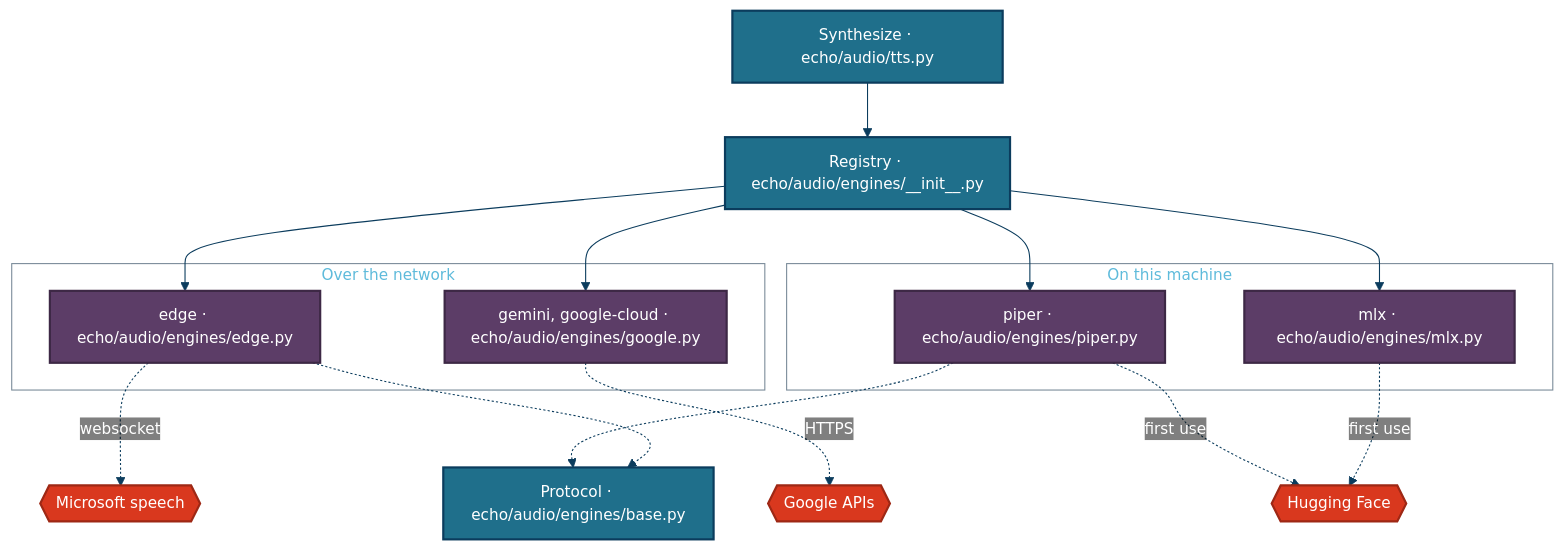
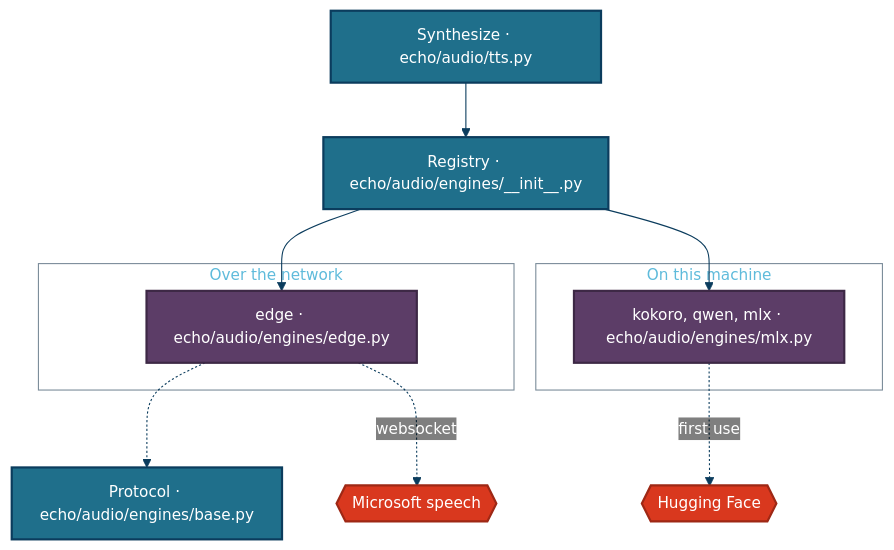
One commit to Tshort76/echo changed the first of 3 diagrams in docs/architecture.md. Above: the diagram before and after it, drawn with Mermaid. The commit also changed other lines of this file and 24 other files, not shown here.

````diff
--- a/docs/architecture.md
+++ b/docs/architecture.md
@@ -7,37 +7,29 @@
 ```mermaid
 %%{init: {"theme": "base", "themeVariables": {"fontSize": "14px", "lineColor": "#0B3C5D", "primaryColor": "#1F6F8B", "primaryTextColor": "#FFFFFF", "primaryBorderColor": "#0B3C5D", "clusterBkg": "transparent", "clusterBorder": "#7A8B99", "edgeLabelBackground": "transparent", "actorBkg": "#E06D14", "actorTextColor": "#1A1A1A", "actorBorder": "#A64F0E", "signalColor": "#0B3C5D", "signalTextColor": "#0B3C5D", "labelBoxBkgColor": "#1F6F8B", "labelTextColor": "#FFFFFF"}, "flowchart": {"curve": "basis", "padding": 12}} }%%
 flowchart TB
   TTS["Synthesize · echo/audio/tts.py"]
   REG["Registry · echo/audio/engines/__init__.py"]
   BASE["Protocol · echo/audio/engines/base.py"]
   subgraph cloud["Over the network"]
     EDGE["edge · echo/audio/engines/edge.py"]
-    GOOG["gemini, google-cloud · echo/audio/engines/google.py"]
   end
   subgraph local["On this machine"]
-    MLX["mlx · echo/audio/engines/mlx.py"]
-    PIPER["piper · echo/audio/engines/piper.py"]
+    MLX["kokoro, qwen, mlx · echo/audio/engines/mlx.py"]
   end
   MS{{"Microsoft speech"}}
-  GAPI{{"Google APIs"}}
   HF{{"Hugging Face"}}
   TTS --> REG
   REG --> EDGE
-  REG --> GOOG
   REG --> MLX
-  REG --> PIPER
   EDGE -.-> BASE
-  PIPER -.-> BASE
   EDGE -. "websocket" .-> MS
-  GOOG -. "HTTPS" .-> GAPI
   MLX -. "first use" .-> HF
-  PIPER -. "first use" .-> HF
   class TTS,REG,BASE stage
-  class EDGE,GOOG,MLX,PIPER focus
-  class MS,GAPI,HF ext
+  class EDGE,MLX focus
+  class MS,HF ext
   classDef entry fill:#E06D14,stroke:#A64F0E,stroke-width:2px,color:#1A1A1A
   classDef stage fill:#1F6F8B,stroke:#0B3C5D,stroke-width:2px,color:#ffffff
   classDef store fill:#387B5B,stroke:#255740,stroke-width:2px,color:#ffffff
   classDef ext   fill:#D9381E,stroke:#9E2815,stroke-width:2px,color:#ffffff
   classDef focus fill:#5C3D67,stroke:#3D2845,stroke-width:2px,color:#ffffff
 ```
````
